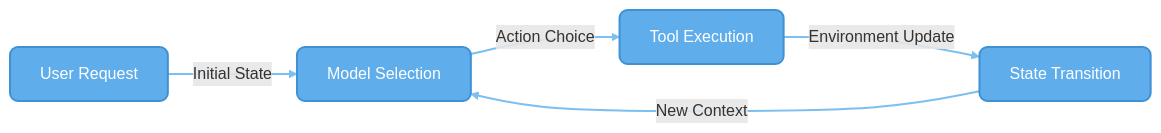
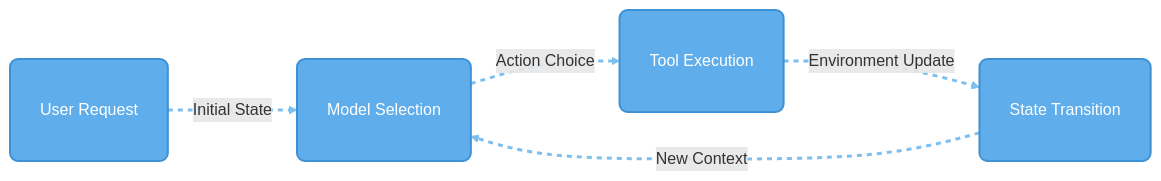
Before and after one commit to saint0x/truffle-docs: the second of 2 diagrams in pages/introduction.mdx, drawn with Mermaid. The commit also changed other lines of this file and 3 other files, not shown here.

````diff
--- a/pages/introduction.mdx
+++ b/pages/introduction.mdx
@@ -89,16 +83,16 @@
   ```mermaid
   graph LR
-    classDef default fill:#5FADEB,stroke:#3D91D4,color:#FFFFFF,stroke-width:2px,rx:8
-    classDef connection stroke:#7DBFEF,stroke-width:2px
+    classDef default fill:#5FADEB,stroke:#3D91D4,color:#FFFFFF,stroke-width:2px,rx:8,padding:25px,fontSize:16px
+    classDef connection stroke:#7DBFEF,stroke-width:3px
     
     A[User Request] -->|Initial State| B[Model Selection]
     B -->|Action Choice| C[Tool Execution]
     C -->|Environment Update| D[State Transition]
     D -->|New Context| B
     
-    linkStyle default stroke:#7DBFEF,stroke-width:2px
-    style A fill:#5FADEB,stroke:#3D91D4,color:#FFFFFF,rx:8
-    style B fill:#5FADEB,stroke:#3D91D4,color:#FFFFFF,rx:8
-    style C fill:#5FADEB,stroke:#3D91D4,color:#FFFFFF,rx:8
-    style D fill:#5FADEB,stroke:#3D91D4,color:#FFFFFF,rx:8
+    linkStyle default stroke:#7DBFEF,stroke-width:3px,stroke-dasharray:5
+    style A fill:#5FADEB,stroke:#3D91D4,color:#FFFFFF,rx:8,padding:25px,fontSize:16px
+    style B fill:#5FADEB,stroke:#3D91D4,color:#FFFFFF,rx:8,padding:25px,fontSize:16px
+    style C fill:#5FADEB,stroke:#3D91D4,color:#FFFFFF,rx:8,padding:25px,fontSize:16px
+    style D fill:#5FADEB,stroke:#3D91D4,color:#FFFFFF,rx:8,padding:25px,fontSize:16px
   ```
````
